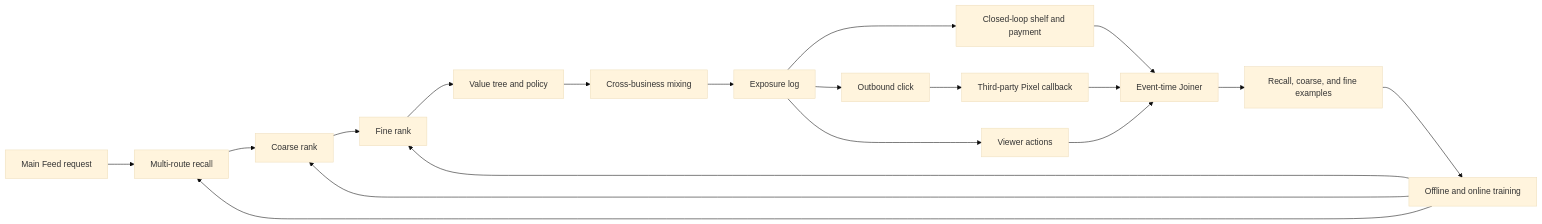
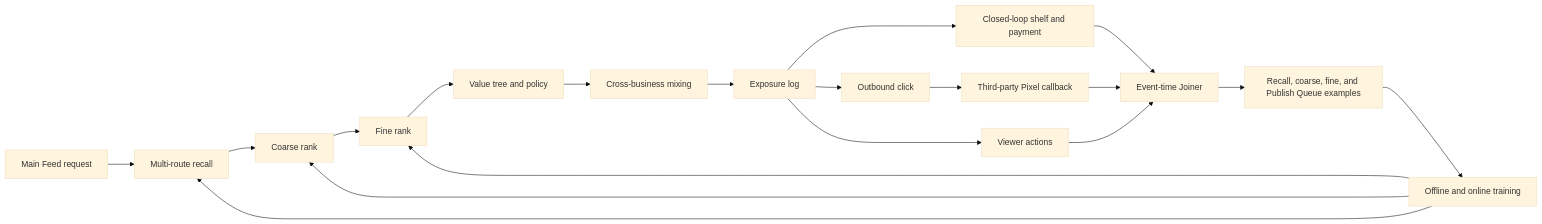
One commit to kleon1024/recsys-fid-system changed the first of 4 diagrams in docs/architecture/model-evolution.md. Above: the diagram before and after it, drawn with Mermaid (base theme). The commit also changed other lines of this file and 16 other files, not shown here.

Commit message:
feat: add independent feed publish queue samples

````diff
--- a/docs/architecture/model-evolution.md
+++ b/docs/architecture/model-evolution.md
@@ -9,21 +9,21 @@
 ```mermaid
 flowchart LR
     Request[Main Feed request] --> Recall[Multi-route recall]
     Recall --> Coarse[Coarse rank]
     Coarse --> Fine[Fine rank]
     Fine --> Value[Value tree and policy]
     Value --> Mix[Cross-business mixing]
     Mix --> Exposure[Exposure log]
     Exposure --> Closed[Closed-loop shelf and payment]
     Exposure --> Click[Outbound click]
     Click --> Pixel[Third-party Pixel callback]
     Exposure --> Actions[Viewer actions]
     Closed --> Joiner[Event-time Joiner]
     Pixel --> Joiner
     Actions --> Joiner
-    Joiner --> Samples[Recall, coarse, and fine examples]
+    Joiner --> Samples[Recall, coarse, fine, and Publish Queue examples]
     Samples --> Train[Offline and online training]
     Train --> Recall
     Train --> Coarse
     Train --> Fine
 ```
````
